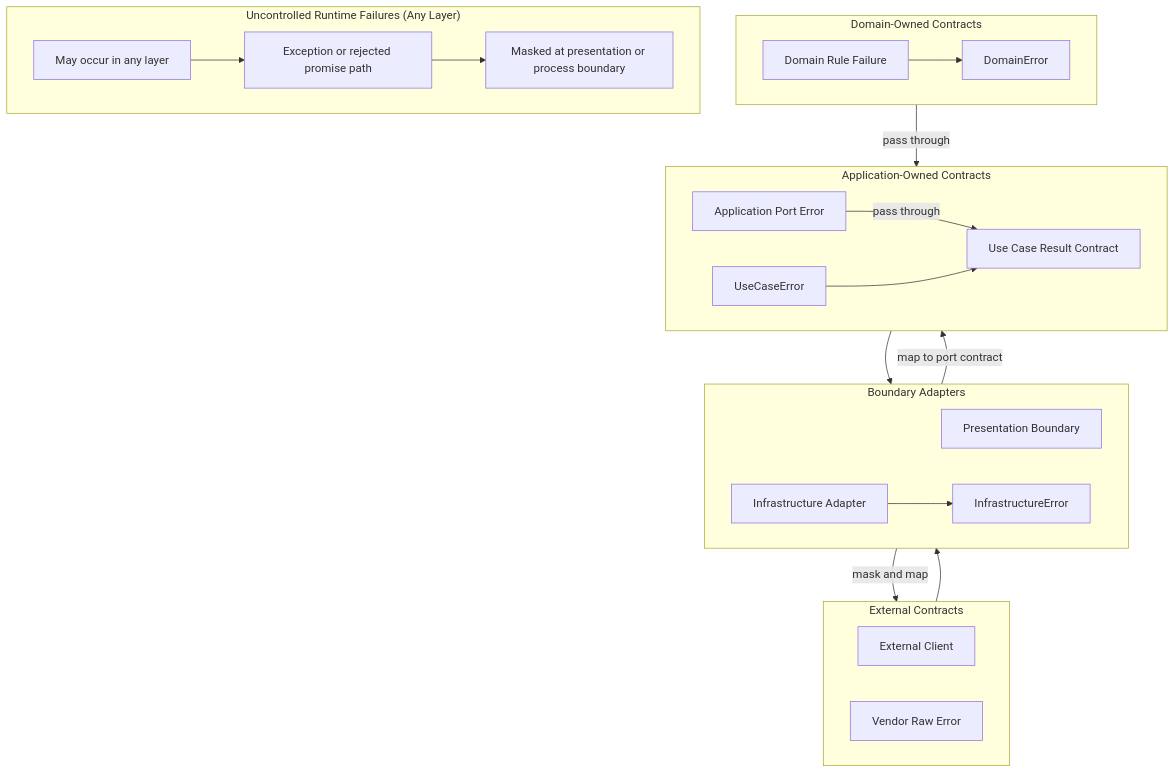
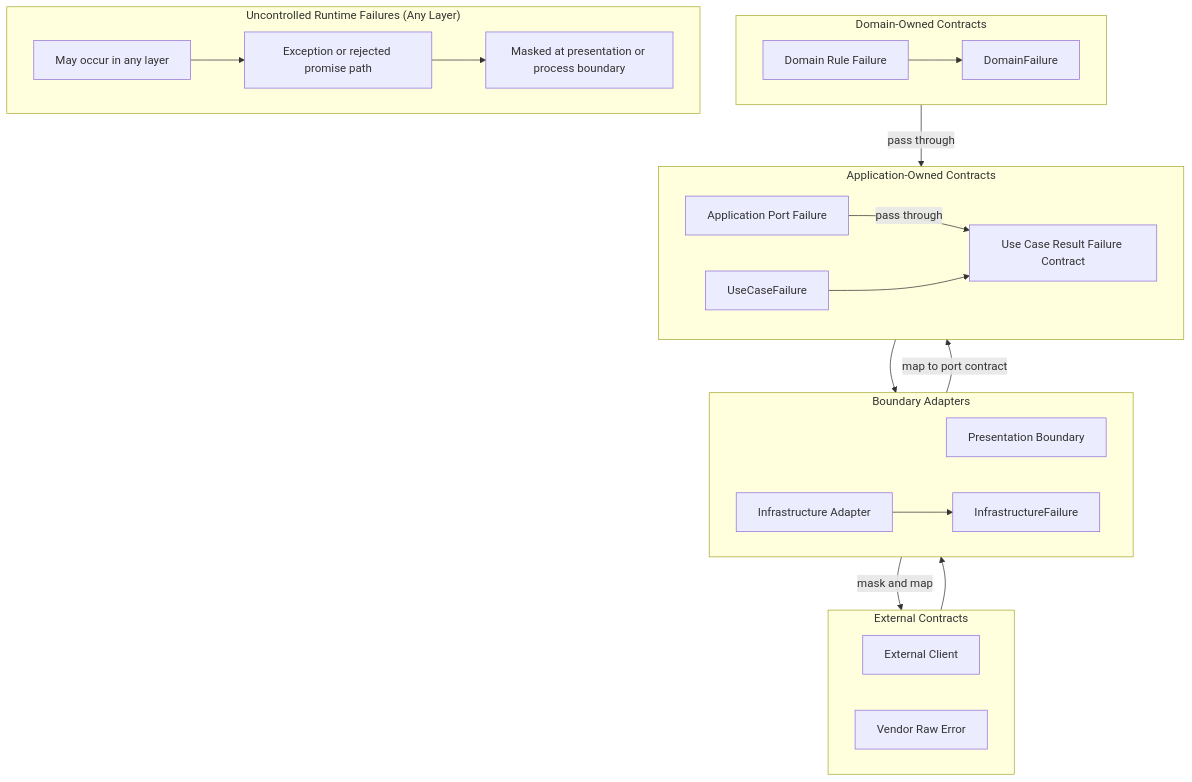
The diagram in apps/api/docs/en/error.md (makeUgreat/sheska), drawn with Mermaid before and after one commit. The commit also changed other lines of this file and 91 other files, not shown here.

First line of the commit message:
refactor(api): align domain error boundaries (#17)

````diff
--- a/apps/api/docs/en/error.md
+++ b/apps/api/docs/en/error.md
@@ -62,49 +74,49 @@
 ```mermaid
 flowchart TB
   subgraph external["External Contracts"]
     direction LR
     client["External Client"]
     vendor["Vendor Raw Error"]
   end
 
   subgraph adapters["Boundary Adapters"]
     direction LR
     presentation["Presentation Boundary"]
     infrastructure["Infrastructure Adapter"]
-    infraError["InfrastructureError"]
+    infraFailure["InfrastructureFailure"]
   end
 
   subgraph application["Application-Owned Contracts"]
     direction LR
-    portError["Application Port Error"]
-    useCaseError["UseCaseError"]
-    useCase["Use Case Result Contract"]
+    portFailure["Application Port Failure"]
+    useCaseFailure["UseCaseFailure"]
+    useCase["Use Case Result Failure Contract"]
   end
 
   subgraph domain["Domain-Owned Contracts"]
     direction LR
     domainFailure["Domain Rule Failure"]
-    domainError["DomainError"]
+    domainContractFailure["DomainFailure"]
   end
 
   vendor --> infrastructure
-  infrastructure --> infraError
-  infraError -->|map to port contract| portError
-  portError -->|pass through| useCase
-  domainFailure --> domainError
-  domainError -->|pass through| useCase
-  useCaseError --> useCase
+  infrastructure --> infraFailure
+  infraFailure -->|map to port contract| portFailure
+  portFailure -->|pass through| useCase
+  domainFailure --> domainContractFailure
+  domainContractFailure -->|pass through| useCase
+  useCaseFailure --> useCase
 
   useCase --> presentation
   presentation -->|mask and map| client
 
   subgraph uncontrolled["Uncontrolled Runtime Failures (Any Layer)"]
     direction LR
     anyLayer["May occur in any layer"]
     exception["Exception or rejected promise path"]
     boundary["Masked at presentation or process boundary"]
   end
 
   anyLayer --> exception
   exception --> boundary
 ```
````
